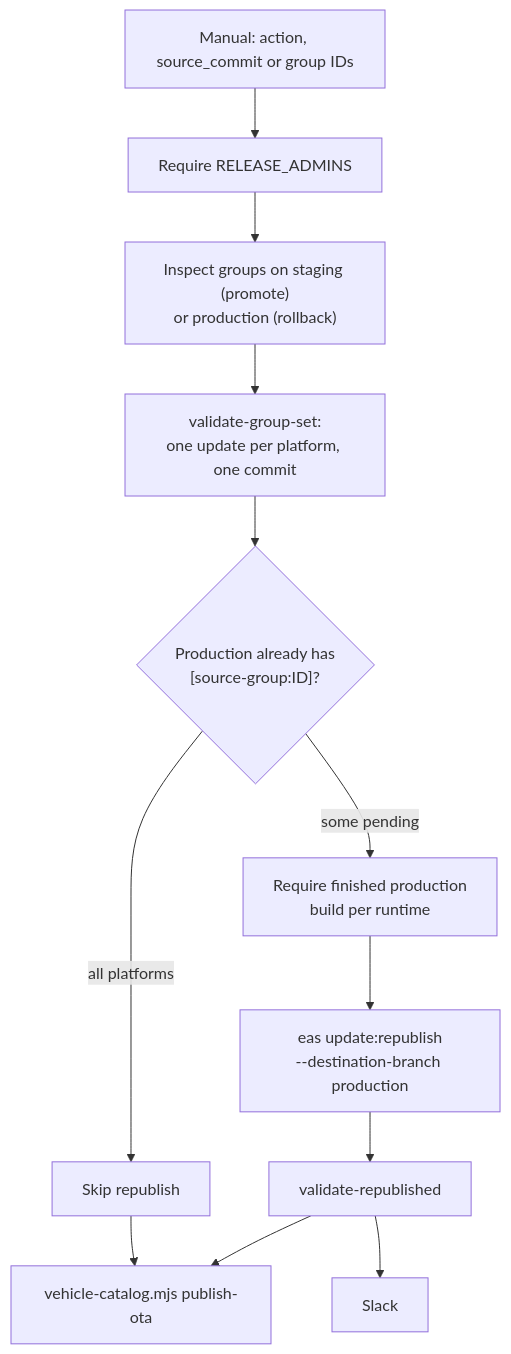
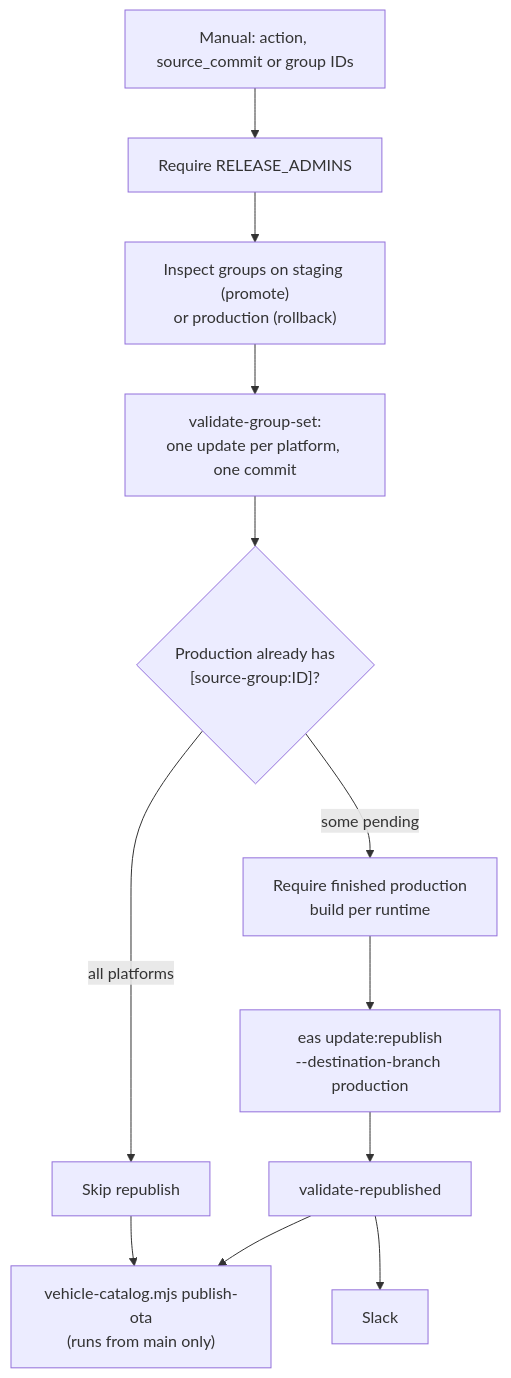
One commit to rideyelo/docs changed the eighth of 8 diagrams in engineering/ci/release-pipelines.mdx. Above: the diagram before and after it, drawn with Mermaid. The commit also changed other lines of this file and 59 other files, not shown here.

````diff
--- a/engineering/ci/release-pipelines.mdx
+++ b/engineering/ci/release-pipelines.mdx
@@ -437,14 +437,14 @@
 ```mermaid
 flowchart TD
   I["Manual: action, source_commit or group IDs"] --> AD["Require RELEASE_ADMINS"]
   AD --> IN["Inspect groups on staging (promote)<br/>or production (rollback)"]
   IN --> VG["validate-group-set:<br/>one update per platform, one commit"]
   VG --> ID{"Production already has<br/>[source-group:ID]?"}
   ID -- "all platforms" --> SKIP["Skip republish"]
   ID -- "some pending" --> PB["Require finished production<br/>build per runtime"]
   PB --> RP["eas update:republish<br/>--destination-branch production"]
   RP --> VR["validate-republished"]
   VR --> SL["Slack"]
   SKIP --> CAT
-  VR --> CAT["vehicle-catalog.mjs publish-ota"]
+  VR --> CAT["vehicle-catalog.mjs publish-ota<br/>(runs from main only)"]
 ```
````
